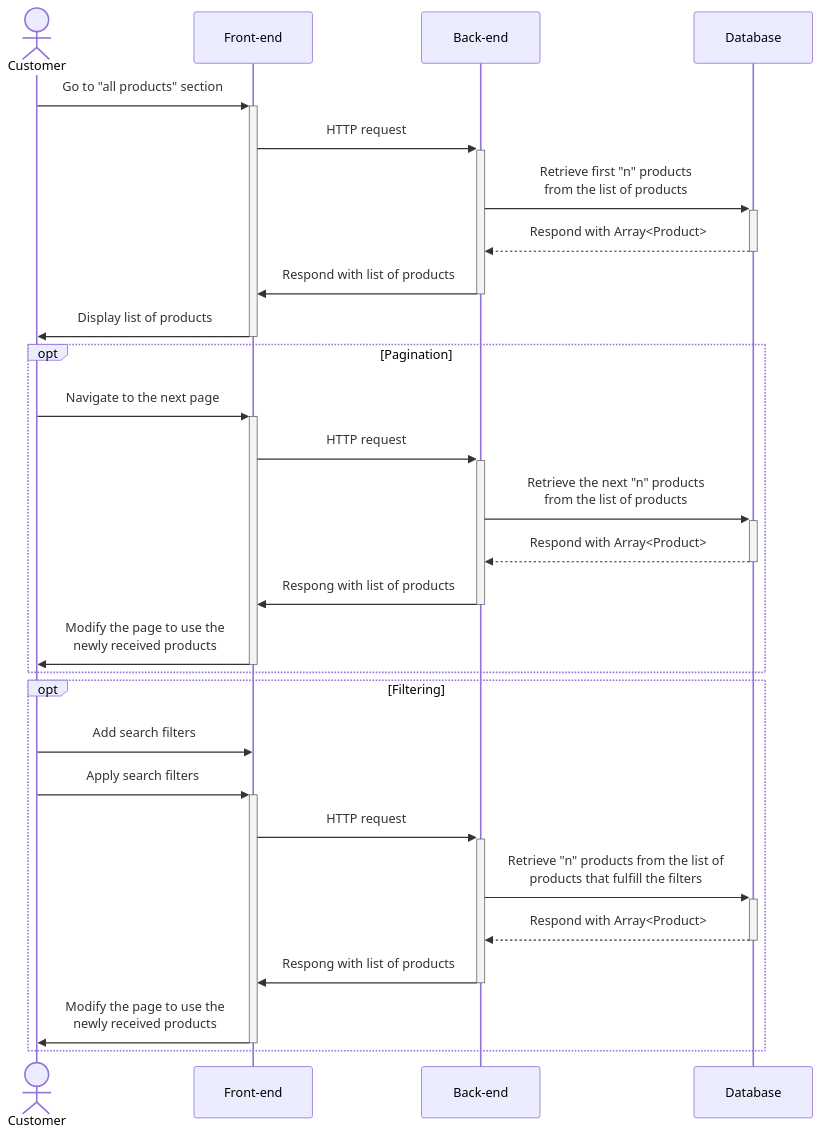
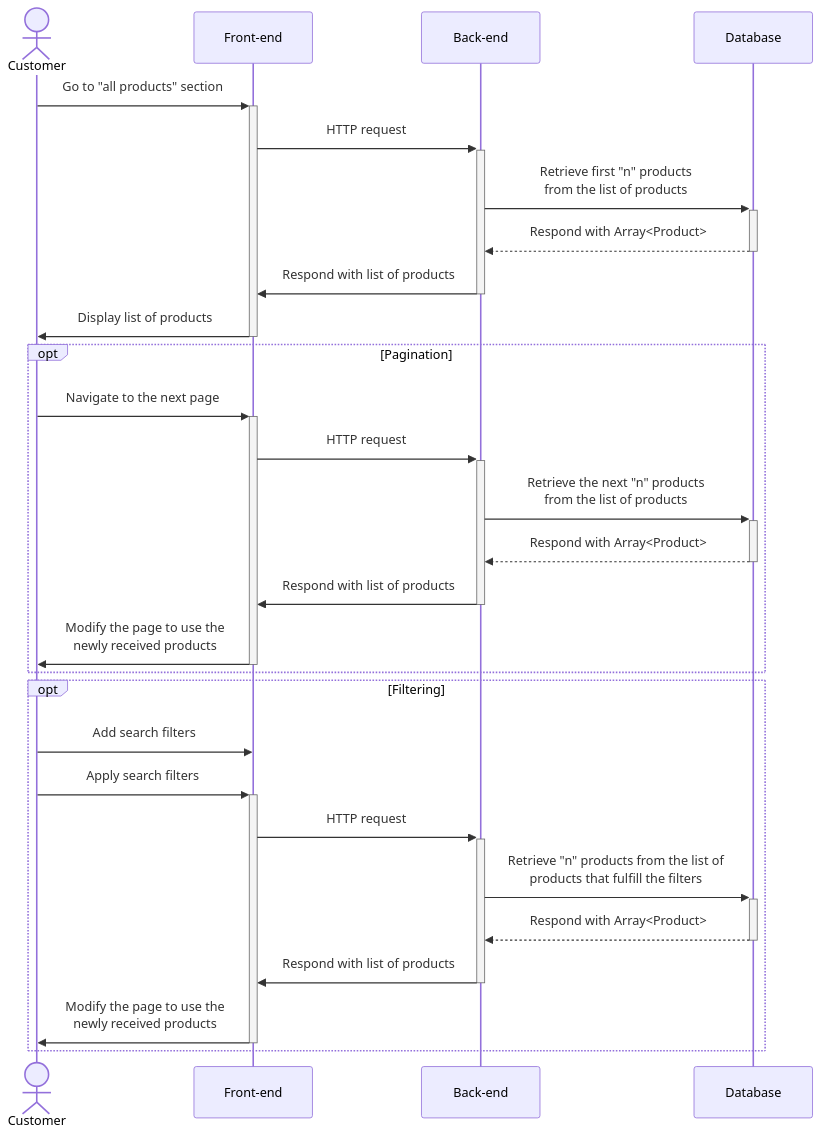
The diagram in sequence_3_browsing_products.mermaid (MCBUKimono/docs), drawn with Mermaid before and after one commit.

Commit message:
Fix spelling errors in browsing products sequence diagram

```diff
--- a/sequence_3_browsing_products.mermaid
+++ b/sequence_3_browsing_products.mermaid
@@ -1,31 +1,31 @@
 sequenceDiagram
     actor Customer
     participant FE as Front-end
     participant BE as Back-end
     participant DB as Database
 
     Customer ->>+ FE: Go to "all products" section
     FE ->>+ BE: HTTP request
     BE ->>+ DB: Retrieve first "n" products<br>from the list of products
     DB -->>- BE: Respond with Array<Product>
     BE ->>- FE: Respond with list of products
     FE ->>- Customer: Display list of products
 
     opt Pagination
         Customer ->>+ FE: Navigate to the next page
         FE ->>+ BE: HTTP request
         BE ->>+ DB: Retrieve the next "n" products<br>from the list of products
         DB -->>- BE: Respond with Array<Product>
-        BE ->>- FE: Respong with list of products
+        BE ->>- FE: Respond with list of products
         FE ->>- Customer: Modify the page to use the<br>newly received products
     end
 
     opt Filtering
         Customer ->> FE: Add search filters
         Customer ->>+ FE: Apply search filters
         FE ->>+ BE: HTTP request
         BE ->>+ DB: Retrieve "n" products from the list of<br>products that fulfill the filters
         DB -->>- BE: Respond with Array<Product>
-        BE ->>- FE: Respong with list of products
+        BE ->>- FE: Respond with list of products
         FE ->>- Customer: Modify the page to use the<br>newly received products
     end
```
